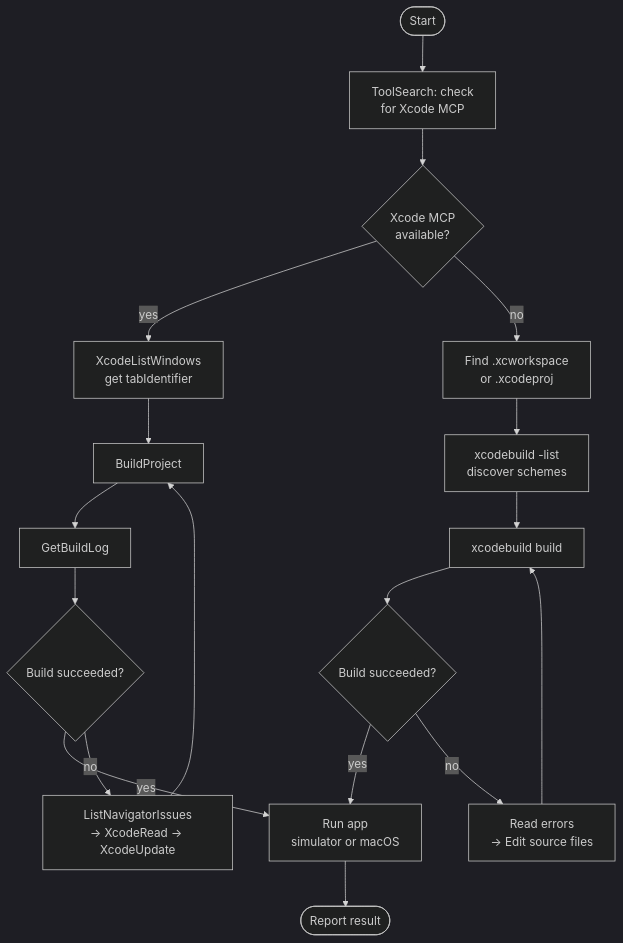
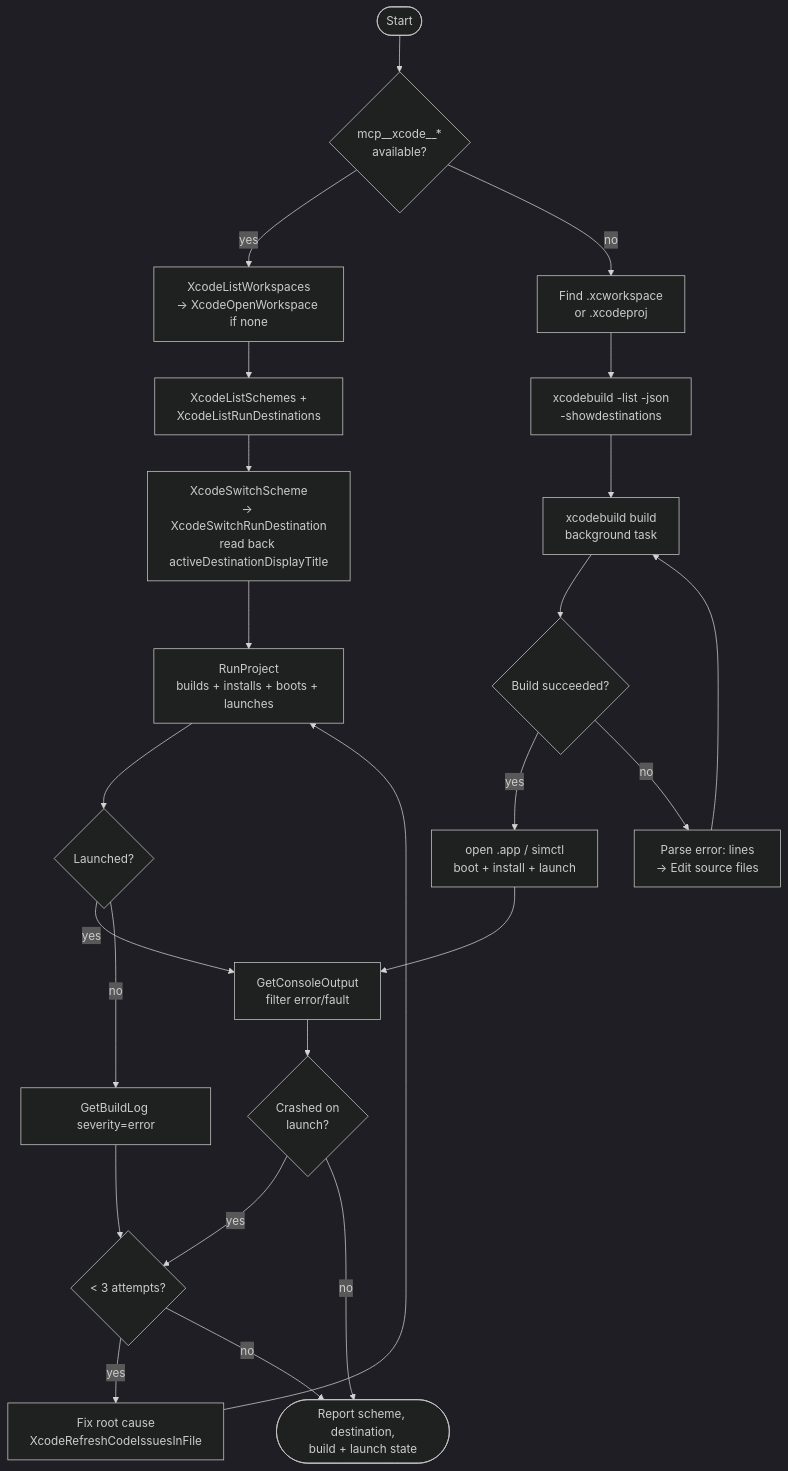
One commit to sjungling/sjungling-claude-plugins changed the diagram in plugins/swift-engineer/commands/references/build-and-run-workflow.mmd. Above: the diagram before and after it, drawn with Mermaid (dark theme). The commit also changed 5 other files, not shown here.

First line of the commit message:
feat(swift-engineer)!: drive builds through the Xcode MCP server (v4.0.0) (#34)

```diff
--- a/plugins/swift-engineer/commands/references/build-and-run-workflow.mmd
+++ b/plugins/swift-engineer/commands/references/build-and-run-workflow.mmd
@@ -1,33 +1,42 @@
 graph TD
     start([Start])
-    check_mcp[ToolSearch: check<br/>for Xcode MCP]
-    has_mcp{Xcode MCP<br/>available?}
+    has_mcp{mcp__xcode__*<br/>available?}
 
-    %% MCP path
-    mcp_list[XcodeListWindows<br/>get tabIdentifier]
-    mcp_build[BuildProject]
-    mcp_log[GetBuildLog]
-    mcp_ok{Build succeeded?}
-    mcp_fix[ListNavigatorIssues<br/>→ XcodeRead → XcodeUpdate]
+    %% MCP path - stateful: set scheme/destination, then act
+    mcp_ws[XcodeListWorkspaces<br/>→ XcodeOpenWorkspace if none]
+    mcp_pick[XcodeListSchemes +<br/>XcodeListRunDestinations]
+    mcp_state[XcodeSwitchScheme<br/>→ XcodeSwitchRunDestination<br/>read back activeDestinationDisplayTitle]
+    mcp_run[RunProject<br/>builds + installs + boots + launches]
+    mcp_ok{Launched?}
+    mcp_log[GetBuildLog severity=error]
+    mcp_fix[Fix root cause<br/>XcodeRefreshCodeIssuesInFile]
 
-    %% CLI path
+    %% CLI fallback path
     cli_find[Find .xcworkspace<br/>or .xcodeproj]
-    cli_schemes[xcodebuild -list<br/>discover schemes]
-    cli_build[xcodebuild build]
+    cli_pick[xcodebuild -list -json<br/>-showdestinations]
+    cli_build[xcodebuild build<br/>background task]
     cli_ok{Build succeeded?}
-    cli_fix[Read errors<br/>→ Edit source files]
+    cli_fix[Parse error: lines<br/>→ Edit source files]
+    cli_run[open .app  /  simctl<br/>boot + install + launch]
 
-    %% Shared
-    run_app[Run app<br/>simulator or macOS]
-    done([Report result])
+    %% Shared verification
+    console[GetConsoleOutput<br/>filter error/fault]
+    crashed{Crashed on<br/>launch?}
+    attempts{< 3 attempts?}
+    done([Report scheme, destination,<br/>build + launch state])
 
-    start --> check_mcp --> has_mcp
-    has_mcp -->|yes| mcp_list --> mcp_build --> mcp_log --> mcp_ok
-    mcp_ok -->|yes| run_app
-    mcp_ok -->|no| mcp_fix --> mcp_build
+    start --> has_mcp
 
-    has_mcp -->|no| cli_find --> cli_schemes --> cli_build --> cli_ok
-    cli_ok -->|yes| run_app
+    has_mcp -->|yes| mcp_ws --> mcp_pick --> mcp_state --> mcp_run --> mcp_ok
+    mcp_ok -->|yes| console
+    mcp_ok -->|no| mcp_log --> attempts
+    attempts -->|yes| mcp_fix --> mcp_run
+    attempts -->|no| done
+
+    has_mcp -->|no| cli_find --> cli_pick --> cli_build --> cli_ok
+    cli_ok -->|yes| cli_run --> console
     cli_ok -->|no| cli_fix --> cli_build
 
-    run_app --> done
+    console --> crashed
+    crashed -->|yes| attempts
+    crashed -->|no| done
```
